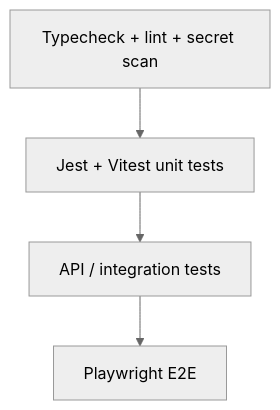
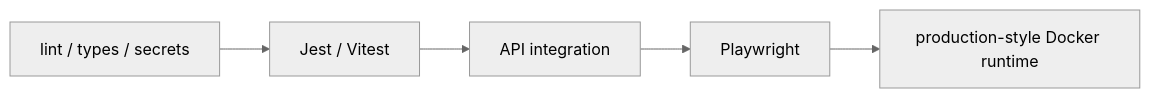
Before and after one commit to Dmitriy-DE/campaign-platform-showcase: the second of 2 diagrams in README.md, drawn with Mermaid (neutral theme). The commit also changed other lines of this file, not shown here.

````diff
--- a/README.md
+++ b/README.md
@@ -56,8 +80,7 @@
-```mermaid
-flowchart TB
-    E2E[Playwright E2E]
-    INT[API / integration tests]
-    UNIT[Jest + Vitest unit tests]
-    STATIC[Typecheck + lint + secret scan]
-    STATIC --> UNIT --> INT --> E2E
-```
+~~~mermaid
+flowchart LR
+    STATIC[lint / types / secrets] --> UNIT[Jest / Vitest]
+    UNIT --> API[API integration]
+    API --> E2E[Playwright]
+    E2E --> RUN[production-style Docker runtime]
+~~~
````
